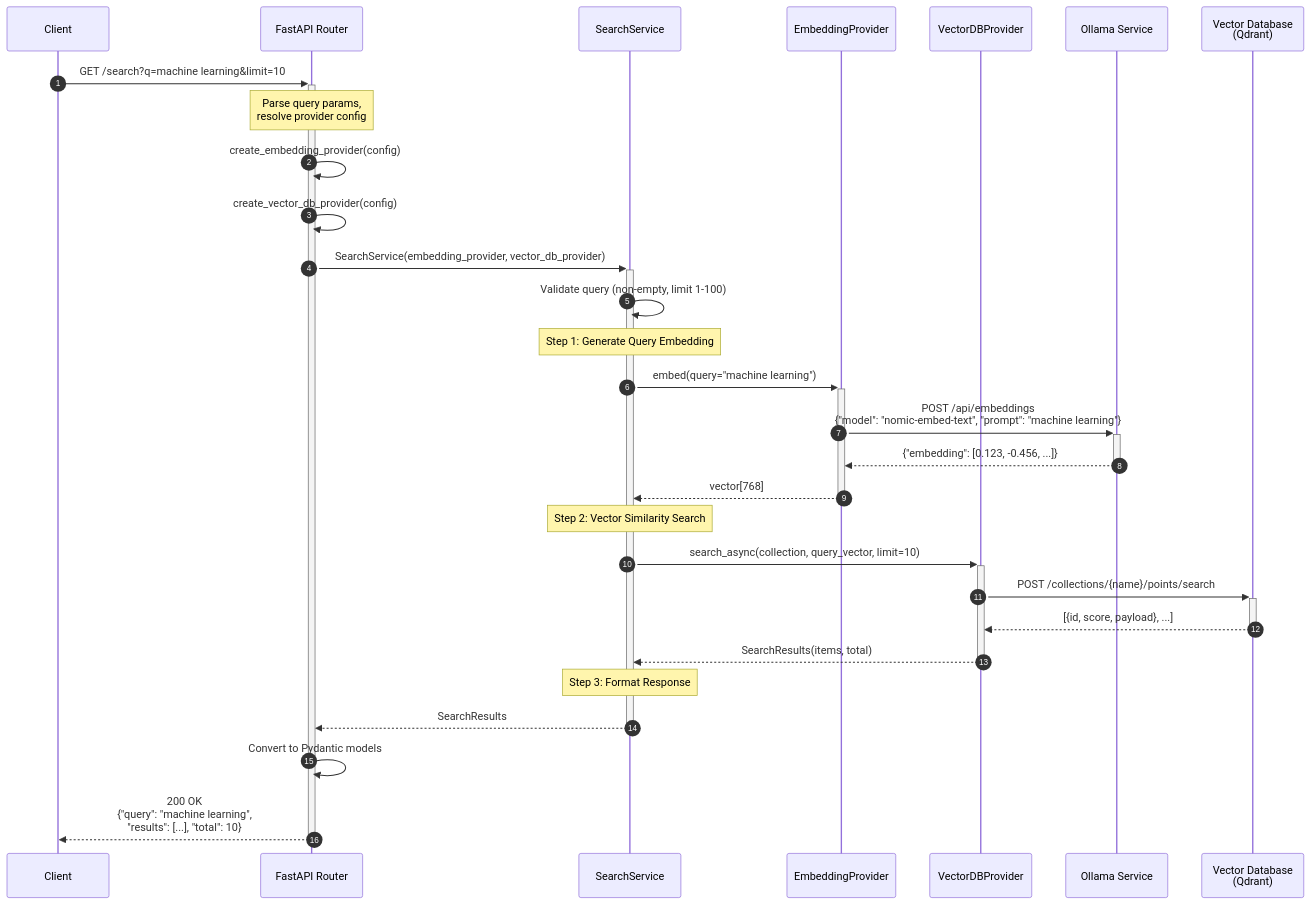
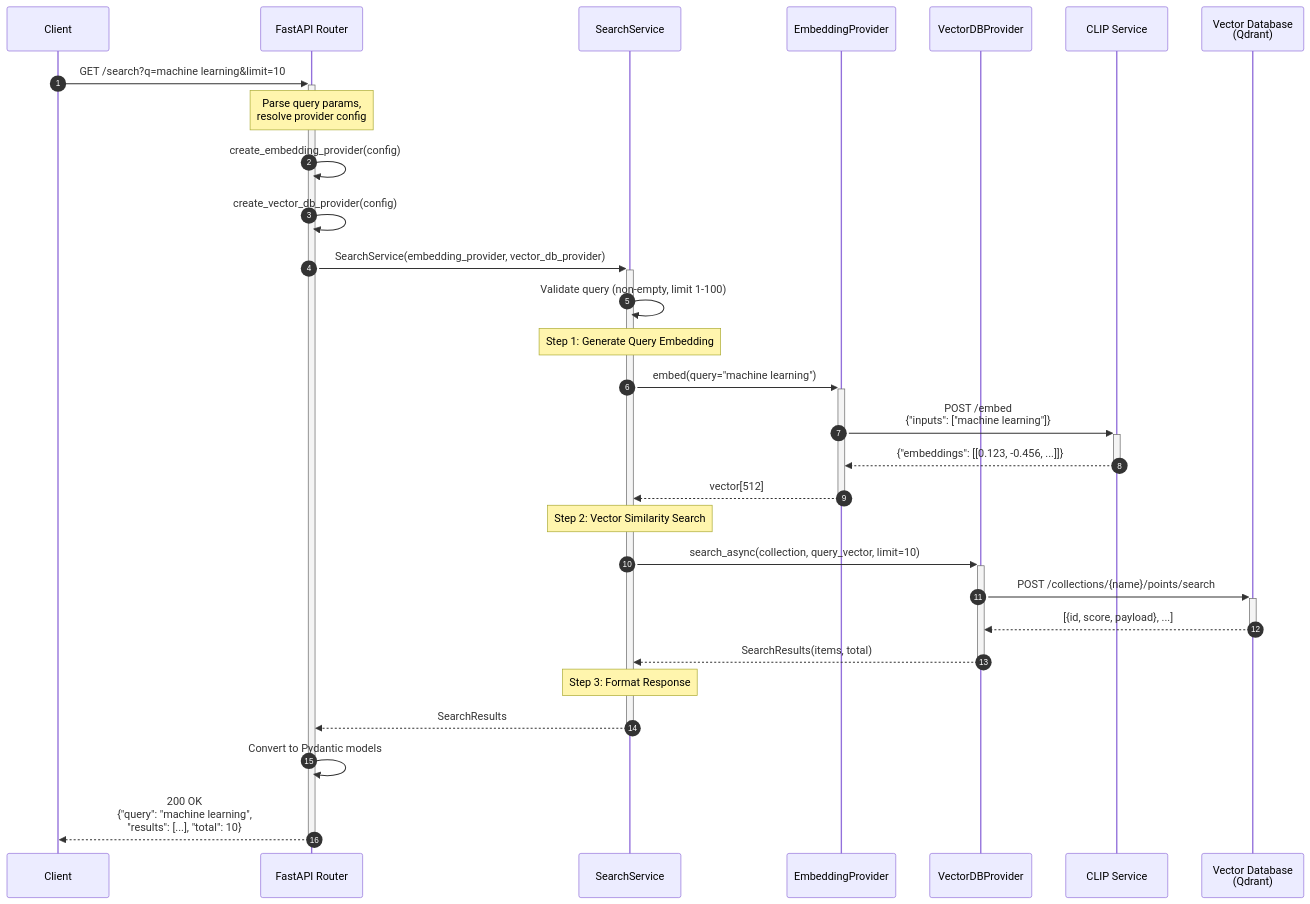
One commit to gt-sse-center/iNatInq changed the diagram in charts/query-engine-sequence.md. Above: the diagram before and after it, drawn with Mermaid. The commit also changed other lines of this file and 73 other files, not shown here.

First line of the commit message:
refactor: remove Ollama embedding provider entirely

````diff
--- a/charts/query-engine-sequence.md
+++ b/charts/query-engine-sequence.md
@@ -3,45 +3,45 @@
 ```mermaid
 sequenceDiagram
     autonumber
     participant C as Client
     participant API as FastAPI Router
     participant SS as SearchService
     participant EP as EmbeddingProvider
     participant VDP as VectorDBProvider
-    participant Ollama as Ollama Service
+    participant CLIP as CLIP Service
     participant VDB as Vector Database<br/>(Qdrant)
 
     C->>+API: GET /search?q=machine learning&limit=10
     
     Note over API: Parse query params,<br/>resolve provider config
     
     API->>API: create_embedding_provider(config)
     API->>API: create_vector_db_provider(config)
     API->>+SS: SearchService(embedding_provider, vector_db_provider)
 
     SS->>SS: Validate query (non-empty, limit 1-100)
 
     Note over SS: Step 1: Generate Query Embedding
     
     SS->>+EP: embed(query="machine learning")
-    EP->>+Ollama: POST /api/embeddings<br/>{"model": "nomic-embed-text", "prompt": "machine learning"}
-    Ollama-->>-EP: {"embedding": [0.123, -0.456, ...]}
-    EP-->>-SS: vector[768]
+    EP->>+CLIP: POST /embed<br/>{"inputs": ["machine learning"]}
+    CLIP-->>-EP: {"embeddings": [[0.123, -0.456, ...]]}
+    EP-->>-SS: vector[512]
 
     Note over SS: Step 2: Vector Similarity Search
     
     SS->>+VDP: search_async(collection, query_vector, limit=10)
     
     VDP->>+VDB: POST /collections/{name}/points/search
     VDB-->>-VDP: [{id, score, payload}, ...]
     
     VDP-->>-SS: SearchResults(items, total)
 
     Note over SS: Step 3: Format Response
     
     SS-->>-API: SearchResults
 
     API->>API: Convert to Pydantic models
     
     API-->>-C: 200 OK<br/>{"query": "machine learning",<br/>"results": [...], "total": 10}
 ```
````
